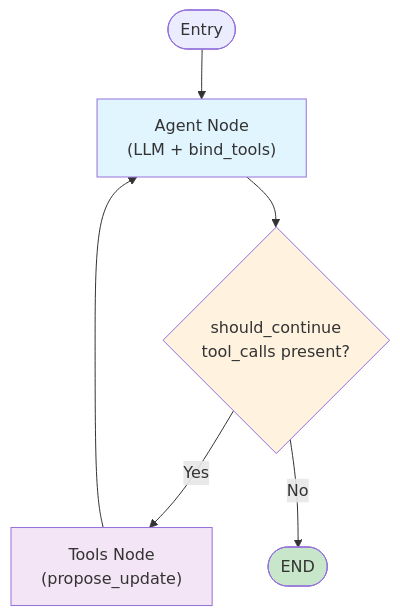
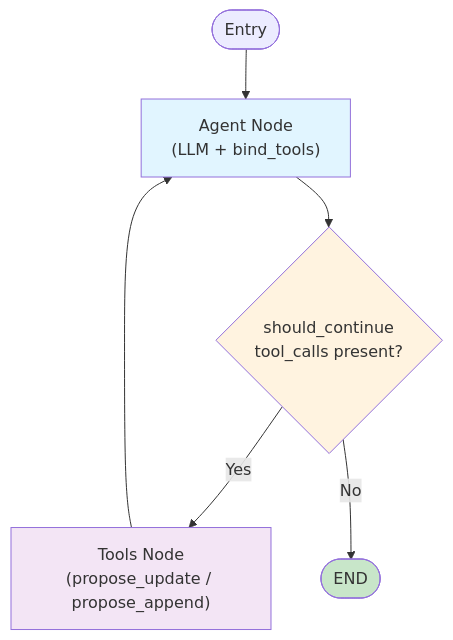
Before and after one commit to anuj-aj/drafter: the first of 2 diagrams in README.md, drawn with Mermaid. The commit also changed other lines of this file, not shown here.

````diff
--- a/README.md
+++ b/README.md
@@ -16,13 +18,13 @@
 ```mermaid
 graph TD
     Start([Entry]) --> Agent["Agent Node<br/>(LLM + bind_tools)"]
     Agent --> ShouldContinue{"should_continue<br/>tool_calls present?"}
-    ShouldContinue -->|Yes| Tools["Tools Node<br/>(propose_update)"]
+   ShouldContinue -->|Yes| Tools["Tools Node<br/>(propose_update / propose_append)"]
     ShouldContinue -->|No| End([END])
     Tools --> Agent
     
     style Agent fill:#e1f5ff
     style Tools fill:#f3e5f5
     style ShouldContinue fill:#fff3e0
     style End fill:#c8e6c9
 ```
````
